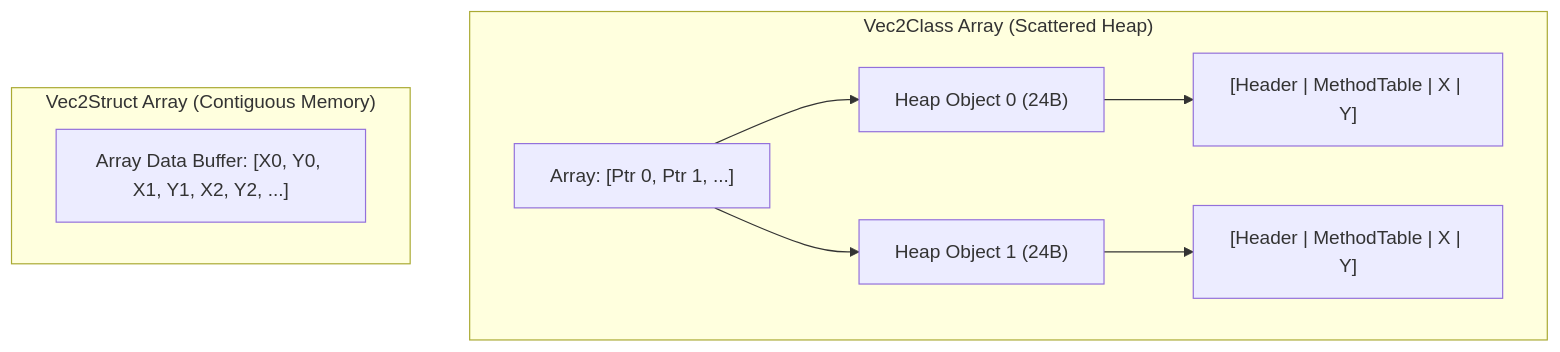
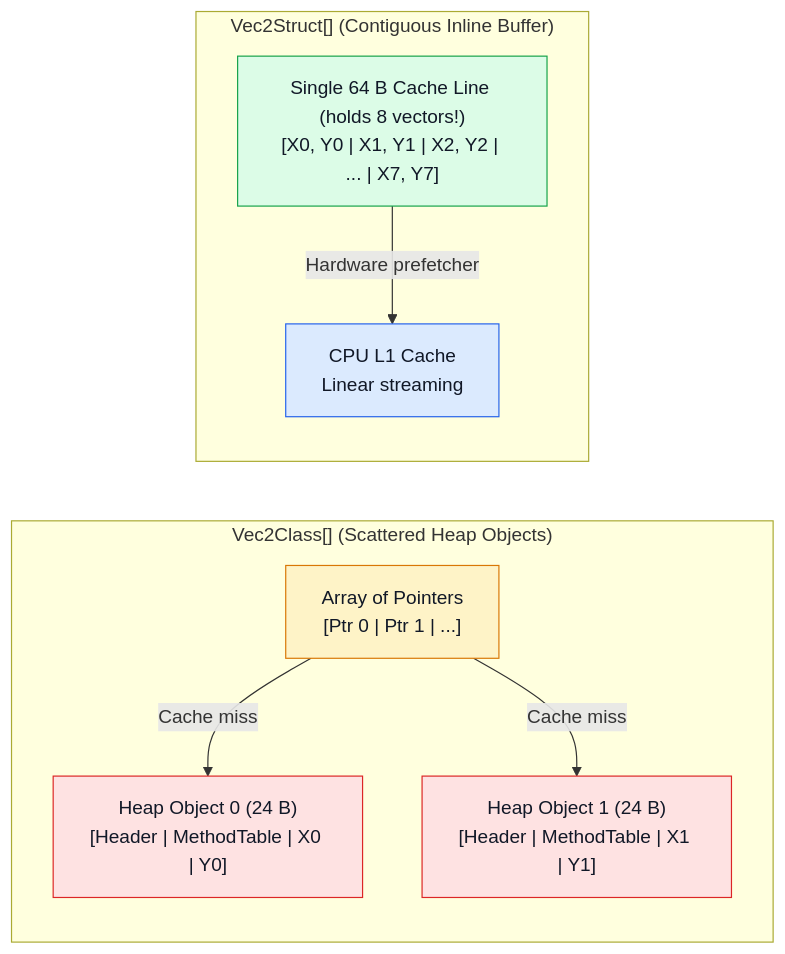
One commit to LevyArsOS/csharp-lessons changed the diagram in CSharpLessons/StructVsClass/Tutorial/en.md. Above: the diagram before and after it, drawn with Mermaid. The commit also changed other lines of this file and 1 other file, not shown here.

First line of the commit message:
docs(struct-vs-class): expand tutorials and upgrade Mermaid diagram

````diff
--- a/CSharpLessons/StructVsClass/Tutorial/en.md
+++ b/CSharpLessons/StructVsClass/Tutorial/en.md
@@ -41,13 +42,16 @@
 ```mermaid
-flowchart TD
-    subgraph ClassLayout["Vec2Class Array (Scattered Heap)"]
-        A["Array: [Ptr 0, Ptr 1, ...]"] --> H0["Heap Object 0 (24B)"]
-        A --> H1["Heap Object 1 (24B)"]
-        H0 --> D0["[Header | MethodTable | X | Y]"]
-        H1 --> D1["[Header | MethodTable | X | Y]"]
+flowchart LR
+    classDef slow fill:#fee2e2,stroke:#dc2626,color:#111827
+    classDef fast fill:#dcfce7,stroke:#16a34a,color:#111827
+    classDef hw fill:#dbeafe,stroke:#2563eb,color:#111827
+    classDef warn fill:#fef3c7,stroke:#d97706,color:#111827
+
+    subgraph ClassLayout["Vec2Class[] (Scattered Heap Objects)"]
+        A["Array of Pointers<br/>[Ptr 0 | Ptr 1 | ...]"]:::warn -->|"Cache miss"| H0["Heap Object 0 (24 B)<br/>[Header | MethodTable | X0 | Y0]"]:::slow
+        A -->|"Cache miss"| H1["Heap Object 1 (24 B)<br/>[Header | MethodTable | X1 | Y1]"]:::slow
     end
 
-    subgraph StructLayout["Vec2Struct Array (Contiguous Memory)"]
-        S["Array Data Buffer: [X0, Y0, X1, Y1, X2, Y2, ...]"]
+    subgraph StructLayout["Vec2Struct[] (Contiguous Inline Buffer)"]
+        S["Single 64 B Cache Line (holds 8 vectors!)<br/>[X0, Y0 | X1, Y1 | X2, Y2 | ... | X7, Y7]"]:::fast -->|"Hardware prefetcher"| CPU["CPU L1 Cache<br/>Linear streaming"]:::hw
     end
 ```
````
